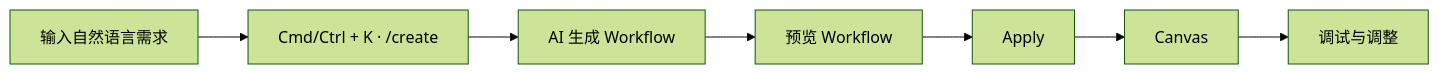
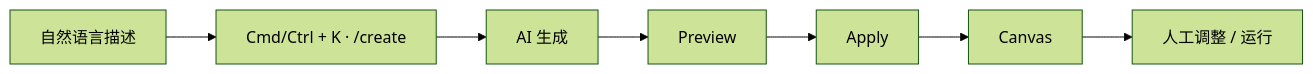
The second of 10 diagrams in weekly-report/dify-1.17-core-capabilities-research.md (sgfd-ui/internship), drawn with Mermaid (forest theme) before and after one commit. The commit also changed other lines of this file, not shown here.

````diff
--- a/weekly-report/dify-1.17-core-capabilities-research.md
+++ b/weekly-report/dify-1.17-core-capabilities-research.md
@@ -43,9 +83,9 @@
 ```mermaid
 flowchart LR
-    A[输入自然语言需求] --> B["Cmd/Ctrl + K · /create"]
-    B --> C[AI 生成 Workflow]
-    C --> D[预览 Workflow]
+    A[自然语言描述] --> B["Cmd/Ctrl + K · /create"]
+    B --> C[AI 生成]
+    C --> D[Preview]
     D --> E[Apply]
     E --> F[Canvas]
-    F --> G[调试与调整]
+    F --> G[人工调整 / 运行]
 ```
````
